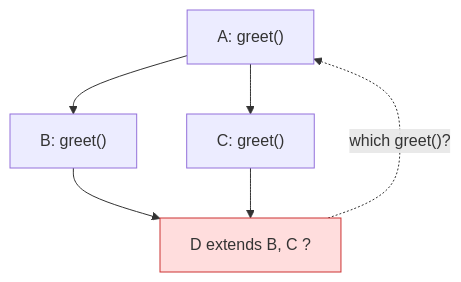
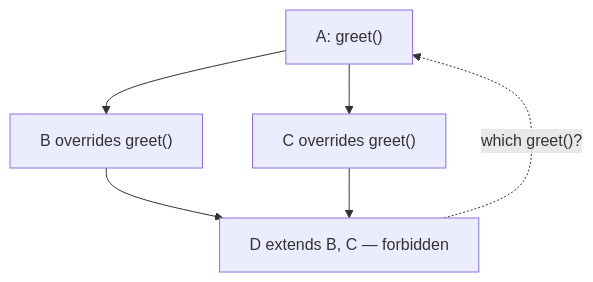
Before and after one commit to mohammad-mriesh-job/cortex: the second of 2 diagrams in src/modules/oop/content/02-pillars/03-inheritance.md, drawn with Mermaid. The commit also changed other lines of this file and 257 other files, not shown here.

````diff
--- a/src/modules/oop/content/02-pillars/03-inheritance.md
+++ b/src/modules/oop/content/02-pillars/03-inheritance.md
@@ -137,10 +137,8 @@
 ```mermaid
 flowchart TB
-    A["A: greet()"] --> B["B: greet()"]
-    A --> C["C: greet()"]
-    B --> D["D extends B, C ?"]
+    A["A: greet()"] --> B["B overrides greet()"]
+    A --> C["C overrides greet()"]
+    B --> D["D extends B, C — forbidden"]
     C --> D
     D -.->|"which greet()?"| A
-    classDef bad fill:#fdd,stroke:#c33;
-    class D bad;
 ```
````
